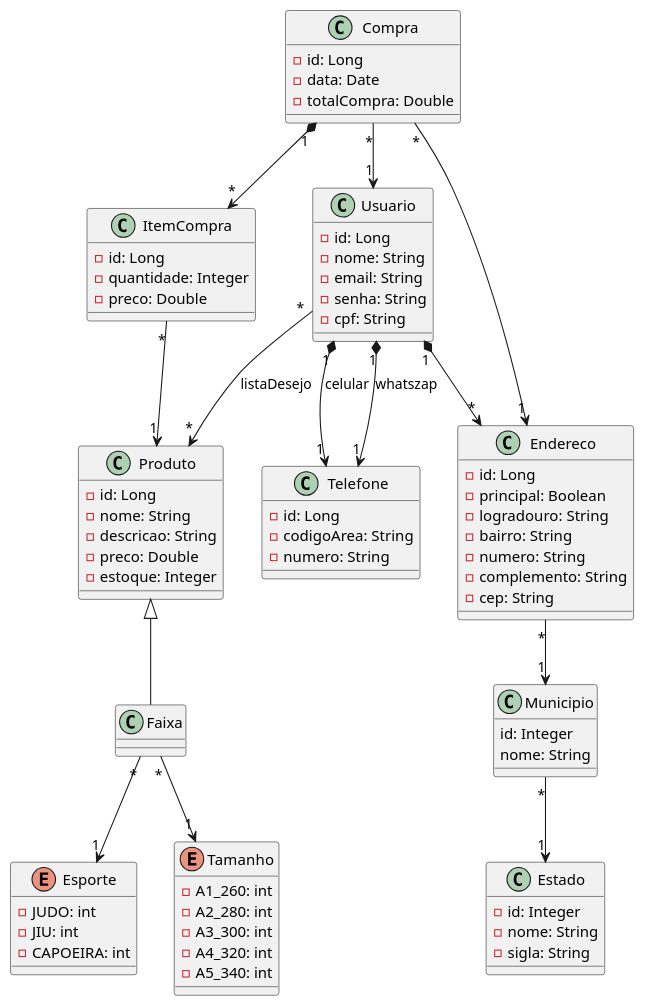
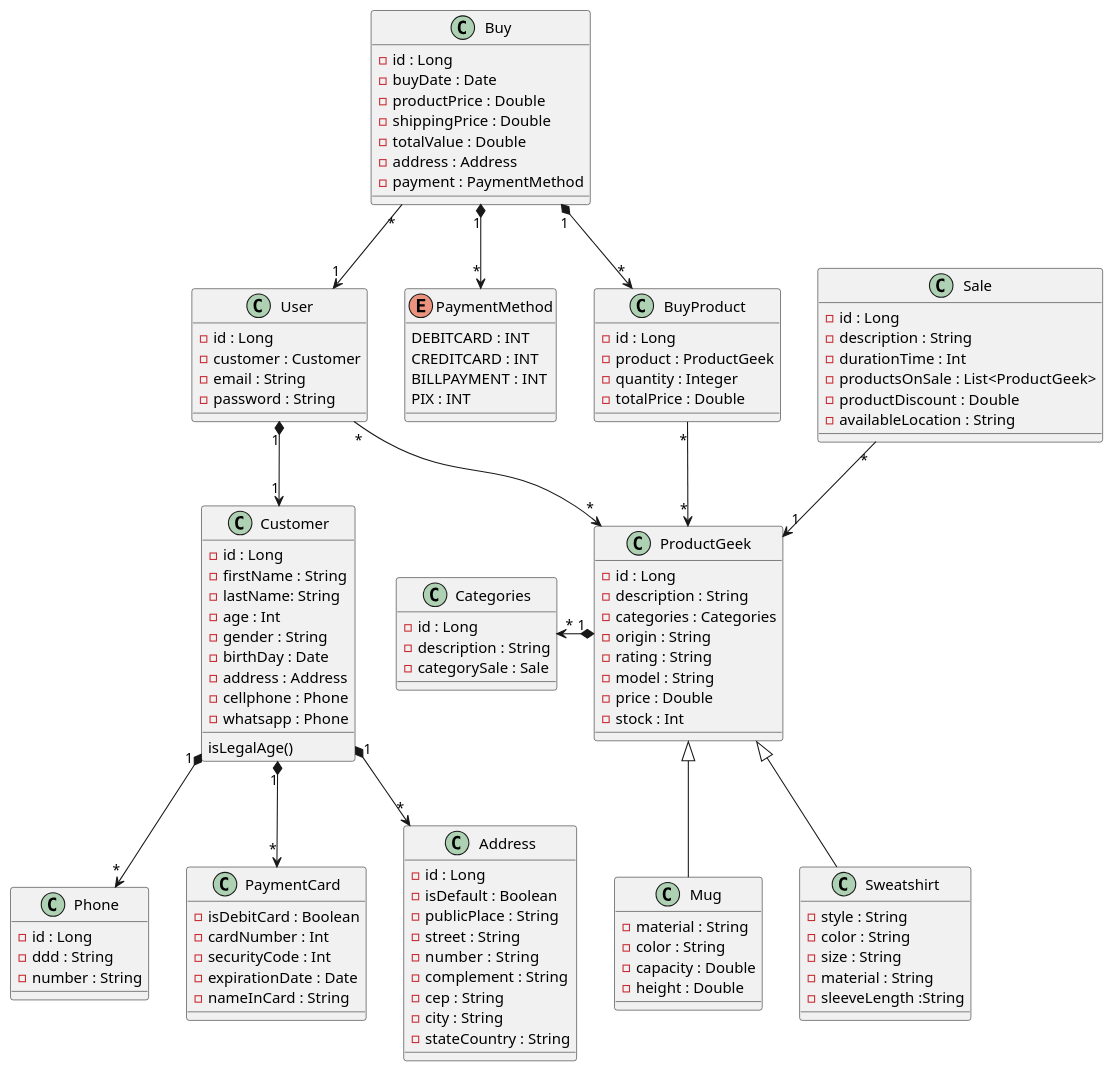
Before and after one commit to iannbraga/prova1_topicos_1: the diagram in src/main/resources/doc/diagrama.plantuml, drawn with PlantUML. The commit also changed 57 other files, not shown here.

```diff
--- a/src/main/resources/doc/diagrama.plantuml
+++ b/src/main/resources/doc/diagrama.plantuml
@@ -1,98 +1,134 @@
-@startuml
+@startuml eCommmerce
 
-    class Produto {
-       - id: Long
-       - nome: String
-       - descricao: String
-       - preco: Double
-       - estoque: Integer
+    class ProductGeek{
+        - id : Long
+        - description : String
+        - categories : Categories
+        - origin : String
+        - rating : String
+        - model : String
+        - price : Double
+        - stock : Int
+    }
+    class Categories{
+        - id : Long
+        - description : String
+        - categorySale : Sale
+    }
+    class Customer{
+        - id : Long
+        - firstName : String 
+        - lastName: String
+        - age : Int
+            isLegalAge()
+        - gender : String
+        - birthDay : Date
+        - address : Address
+        - cellphone : Phone
+        - whatsapp : Phone
+    }
+    class User{
+        - id : Long  
+        - customer : Customer
+        - email : String
+        - password : String
     }
 
-    class Faixa {
+    class Phone{
+        - id : Long
+        - ddd : String
+        - number : String
+    }
+
+    class Sale{
+        - id : Long
+        - description : String
+        - durationTime : Int
+        - productsOnSale : List<ProductGeek>
+        - productDiscount : Double
+        - availableLocation : String
+    }
+
+    class PaymentCard{
+        - isDebitCard : Boolean
+        - cardNumber : Int
+        - securityCode : Int
+        - expirationDate : Date
+        - nameInCard : String
+    }
+
+    class Address{
+        - id : Long
+        - isDefault : Boolean
+        - publicPlace : String
+        - street : String
+        - number  : String
+        - complement : String
+        - cep : String
+        - city : String
+        - stateCountry : String
+    }
+
+    class BuyProduct{
+        - id : Long
+        - product : ProductGeek
+        - quantity : Integer
+        - totalPrice : Double
+    }
+
+    
+    Enum PaymentMethod{
+        DEBITCARD : INT
+        CREDITCARD : INT
+        BILLPAYMENT : INT
+        PIX : INT
+    }
+
+    class Buy{
+        - id : Long
+        - buyDate : Date
+        - productPrice : Double
+        - shippingPrice : Double
+        - totalValue : Double
+        - address : Address
+        - payment : PaymentMethod
+    }
+
+    class Sweatshirt{
+        - style : String
+        - color : String
+        - size : String
+        - material : String
+        - sleeveLength :String
+    }
+
+    class Mug {
+        - material : String
+        - color : String
+        - capacity : Double
+        - height : Double
+    }
+
+    User "*"-->"*" ProductGeek
+    User "1"*-->"1" Customer
 
 
-    }
+    Buy "1"*-->"*" BuyProduct
+    Buy "*"-->"1" User
+    Buy "1"*-->"*" PaymentMethod
 
-    enum Esporte {
-        - JUDO: int
-        - JIU: int 
-        - CAPOEIRA: int
-    }
+    BuyProduct "*"-->"*" ProductGeek
 
-    enum Tamanho {
-        - A1_260: int
-        - A2_280: int 
-        - A3_300: int
-        - A4_320: int 
-        - A5_340: int
-    }
+    Sale "*"-->"1" ProductGeek
+    ProductGeek "1"*-left->"*" Categories
 
-    class Usuario {
-        - id: Long
-        - nome: String 
-        - email: String
-        - senha: String 
-        - cpf: String 
-    }
+    Customer "1"*-->"*" PaymentCard
+    Customer "1"*-->"*" Phone  
+    Customer "1"*-->"*" Address
 
-    class Telefone {
-        - id: Long
-        - codigoArea: String
-        - numero: String
-    }
+    Sweatshirt -up-|> ProductGeek
+    Mug -up-|> ProductGeek
 
-    class Compra {
-        - id: Long
-        - data: Date
-        - totalCompra: Double
-    }
-
-    class ItemCompra {
-        - id: Long
-        - quantidade: Integer
-        - preco: Double
-    }
-
-    class Endereco {
-        - id: Long
-        - principal: Boolean
-        - logradouro: String
-        - bairro: String 
-        - numero: String 
-        - complemento: String
-        - cep: String 
-    }
-
-    class Municipio {
-        id: Integer
-        nome: String
-    }
-
-    class Estado {
-        - id: Integer
-        - nome: String
-        - sigla: String
-    }
-
-    Faixa  -up-|> Produto
-
-    Faixa "*" --> "1" Tamanho
-    Faixa "*" --> "1" Esporte
-
-    Usuario "*" --> "*" Produto: listaDesejo
-    Usuario "1" *--> "1" Telefone: celular
-    Usuario "1" *--> "1" Telefone: whatszap
-    Usuario "1" *--> "*" Endereco
-
-    Compra "1" *--> "*" ItemCompra
-    Compra "*" --> "1" Usuario
-    Compra "*"  --> "1" Endereco
-
-    ItemCompra "*" --> "1" Produto
-
-    Endereco "*" --> "1" Municipio
-    
-    Municipio "*" --> "1" Estado
-
-
+    'CRUD (CUSTOMER(E TODOS EM COMPOSIÇÃO A ELE), ADDRESS, PRODUTO ESPECÍFICO, CIDADE E ESTADO, USER, PRODUTOS)
+    'ENUM DE PRODUTO
 @enduml
```
